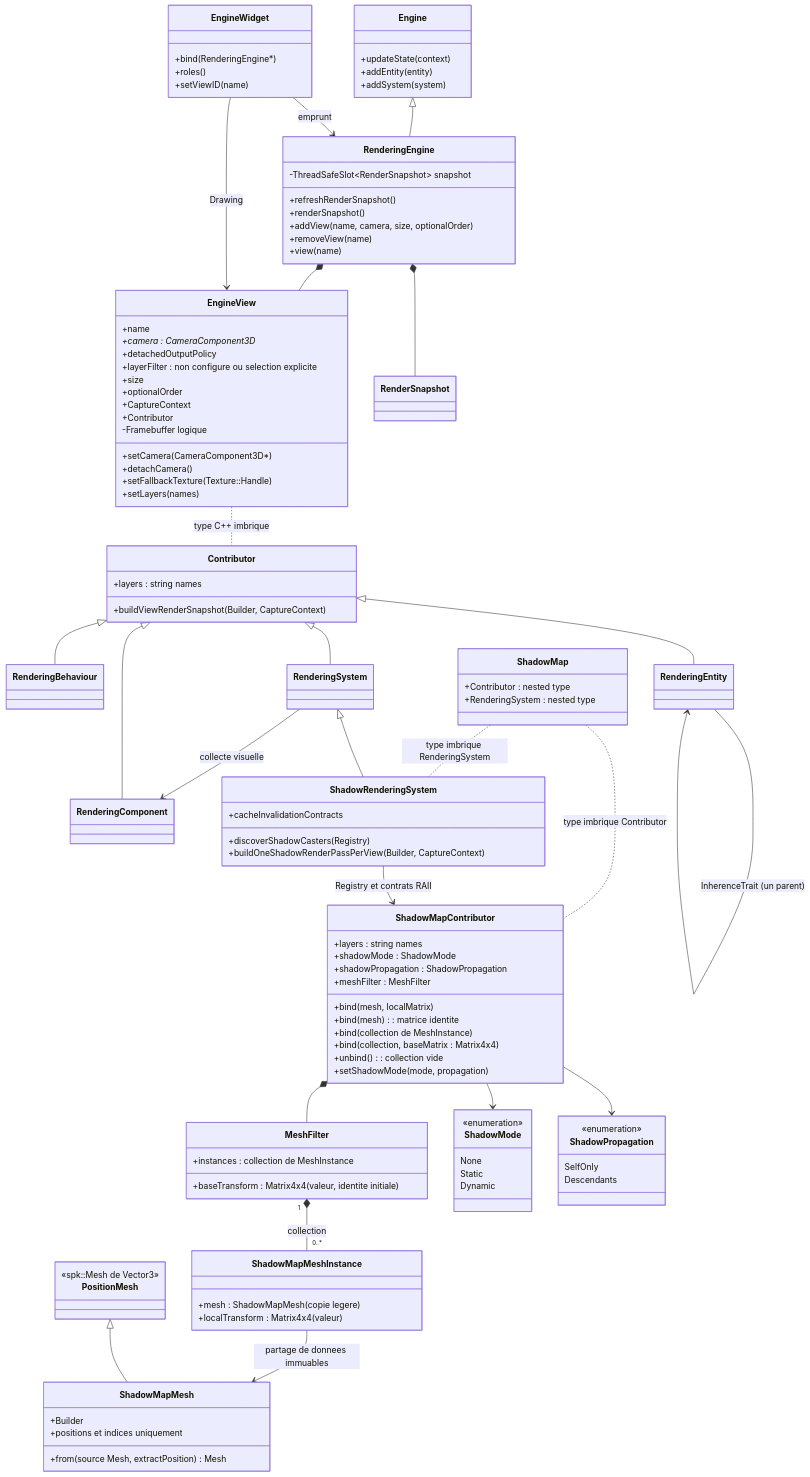
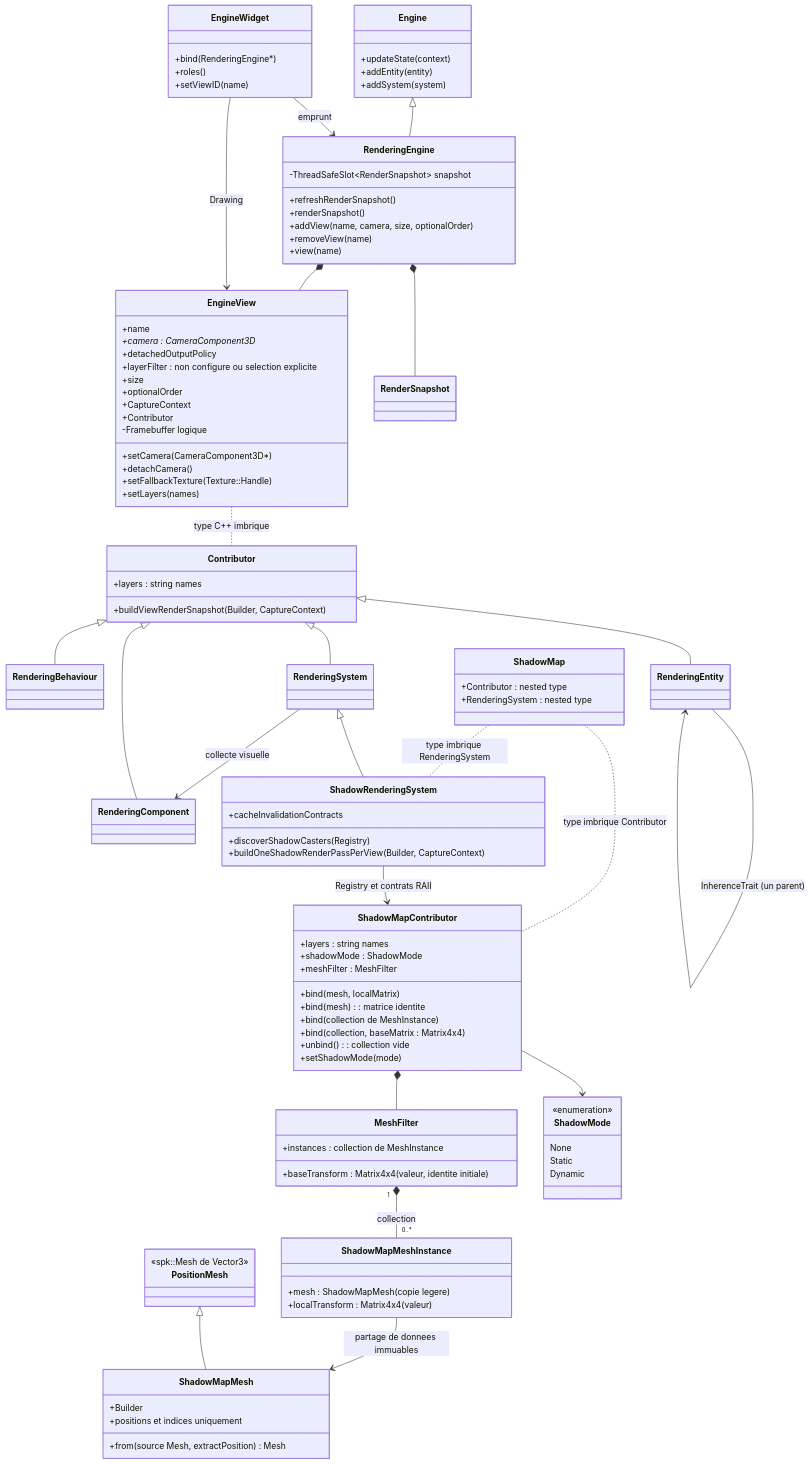
The seventh of 23 diagrams in docs/voxel-engine-v0.1.4-specification.md (EreliaStudio/Sparkle), drawn with Mermaid before and after one commit. The commit also changed other lines of this file, not shown here.

Commit message:
docs(v0.1.4): remove shadow mode propagation architecture (A2)

```diff
--- a/docs/voxel-engine-v0.1.4-specification.md
+++ b/docs/voxel-engine-v0.1.4-specification.md
@@ -673,14 +673,13 @@
   class ShadowMapContributor {
     +layers : string names
     +shadowMode : ShadowMode
-    +shadowPropagation : ShadowPropagation
     +meshFilter : MeshFilter
     +bind(mesh, localMatrix)
     +bind(mesh) : matrice identite
     +bind(collection de MeshInstance)
     +bind(collection, baseMatrix : Matrix4x4)
     +unbind() : collection vide
-    +setShadowMode(mode, propagation)
+    +setShadowMode(mode)
   }
   class MeshFilter {
     +instances : collection de MeshInstance
@@ -709,11 +708,6 @@
     Static
     Dynamic
   }
-  class ShadowPropagation {
-    <<enumeration>>
-    SelfOnly
-    Descendants
-  }
   ShadowMap .. ShadowMapContributor : type imbrique Contributor
   ShadowMap .. ShadowRenderingSystem : type imbrique RenderingSystem
   ShadowMapContributor *-- MeshFilter
@@ -721,7 +715,6 @@
   ShadowMapMeshInstance --> ShadowMapMesh : partage de donnees immuables
   PositionMesh <|-- ShadowMapMesh
   ShadowMapContributor --> ShadowMode
-  ShadowMapContributor --> ShadowPropagation
   RenderingSystem <|-- ShadowRenderingSystem
   ShadowRenderingSystem --> ShadowMapContributor : Registry et contrats RAII
   RenderingSystem --> RenderingComponent : collecte visuelle
```
